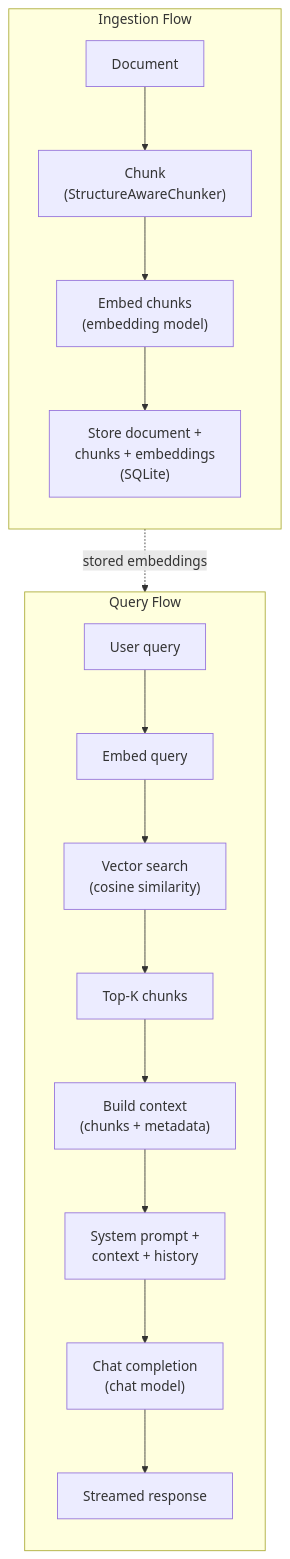
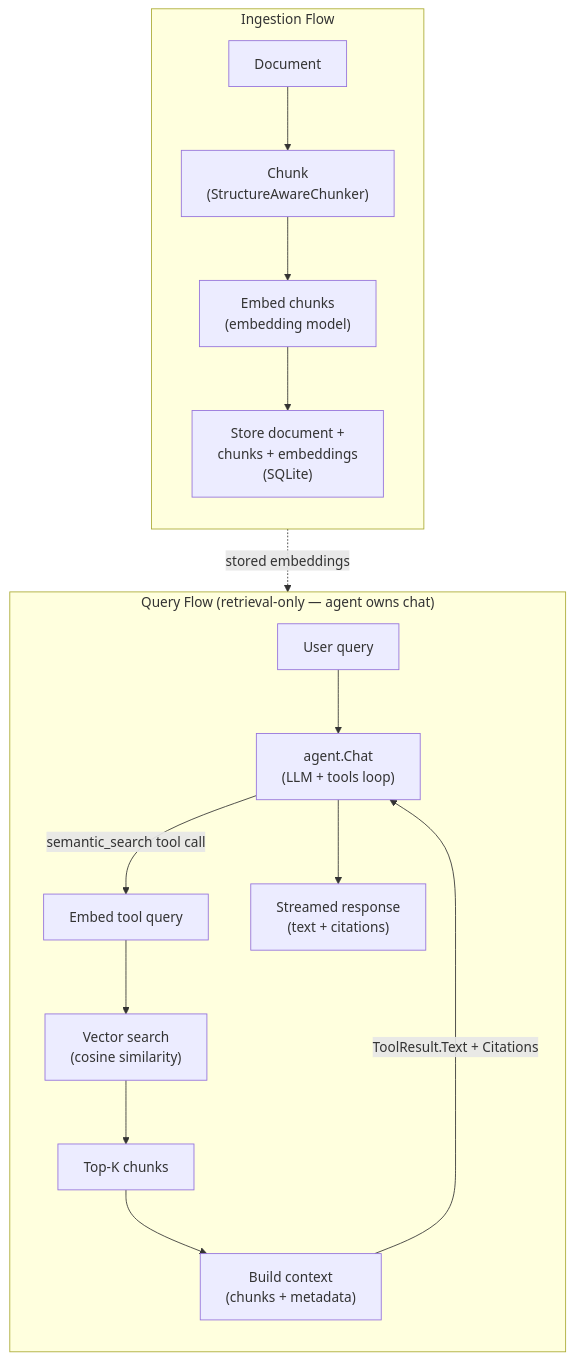
The third of 8 diagrams in docs/diagrams.md (klnstprx/etsi-rag), drawn with Mermaid before and after one commit. The commit also changed other lines of this file and 29 other files, not shown here.

````diff
--- a/docs/diagrams.md
+++ b/docs/diagrams.md
@@ -116,22 +116,22 @@
 ```mermaid
 flowchart TB
     subgraph Ingestion["Ingestion Flow"]
         direction TB
         Doc["Document"] --> Chunk["Chunk<br/>(StructureAwareChunker)"]
         Chunk --> Embed["Embed chunks<br/>(embedding model)"]
         Embed --> StoreDoc["Store document +<br/>chunks + embeddings<br/>(SQLite)"]
     end
 
-    subgraph Query["Query Flow"]
+    subgraph Query["Query Flow (retrieval-only — agent owns chat)"]
         direction TB
-        Q["User query"] --> EmbedQ["Embed query"]
+        Q["User query"] --> Agent["agent.Chat<br/>(LLM + tools loop)"]
+        Agent -->|"semantic_search tool call"| EmbedQ["Embed tool query"]
         EmbedQ --> Search["Vector search<br/>(cosine similarity)"]
         Search --> TopK["Top-K chunks"]
         TopK --> BuildCtx["Build context<br/>(chunks + metadata)"]
-        BuildCtx --> Messages["System prompt +<br/>context + history"]
-        Messages --> Chat["Chat completion<br/>(chat model)"]
-        Chat --> Response["Streamed response"]
+        BuildCtx -->|"ToolResult.Text + Citations"| Agent
+        Agent --> Response["Streamed response<br/>(text + citations)"]
     end
 
     StoreDoc -.->|"stored embeddings"| Search
 ```
````
